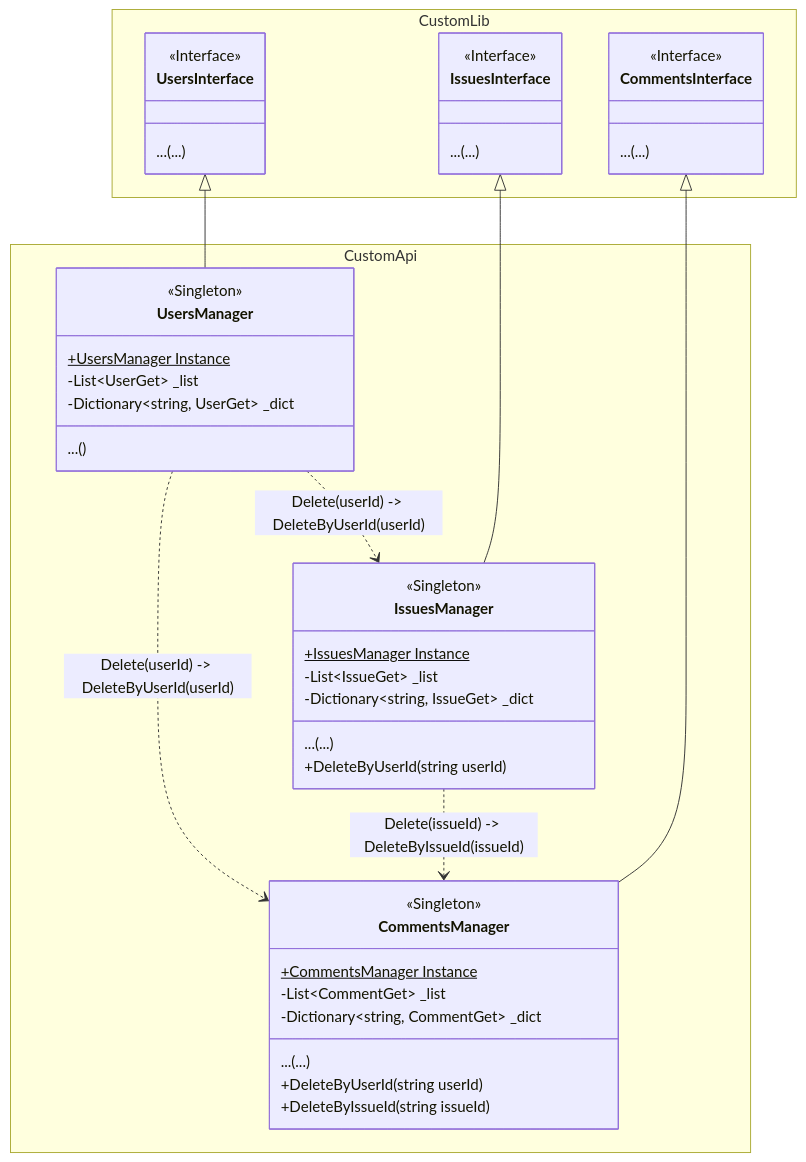
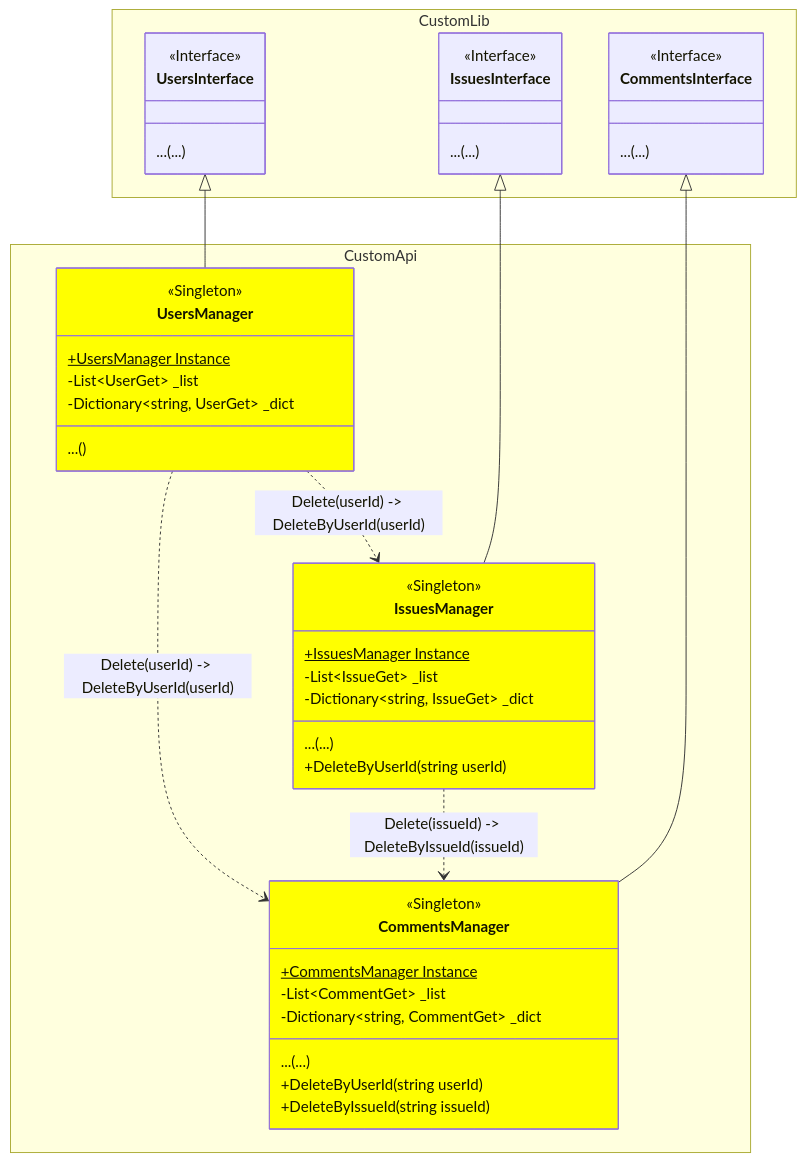
The diagram in Models/Manager/Full.mmd (ghackenberg/csharp-maui-aspnet-sample), drawn with Mermaid before and after one commit. The commit also changed 32 other files, not shown here.

```diff
--- a/Models/Manager/Full.mmd
+++ b/Models/Manager/Full.mmd
@@ -1,52 +1,56 @@
 classDiagram
 
     namespace CustomLib {
         class UsersInterface {
             <<Interface>>
             ...(...)
         }
         class IssuesInterface {
             <<Interface>>
             ...(...)
         }
         class CommentsInterface {
             <<Interface>>
             ...(...)
         }
     }
 
     namespace CustomApi {
         class UsersManager {
             <<Singleton>>
             +UsersManager Instance$
             -List~UserGet~ _list
             -Dictionary~string, UserGet~ _dict
             ...()
         }
         class IssuesManager {
             <<Singleton>>
             +IssuesManager Instance$
             -List~IssueGet~ _list
             -Dictionary~string, IssueGet~ _dict
             ...(...)
             +DeleteByUserId(string userId)
         }
         class CommentsManager {
             <<Singleton>>
             +CommentsManager Instance$
             -List~CommentGet~ _list
             -Dictionary~string, CommentGet~ _dict
             ...(...)
             +DeleteByUserId(string userId)
             +DeleteByIssueId(string issueId)
         }
     }
 
     UsersInterface <|-- UsersManager
     IssuesInterface <|-- IssuesManager
     CommentsInterface <|-- CommentsManager
 
     UsersManager ..> IssuesManager : Delete(userId) -> DeleteByUserId(userId)
     UsersManager ..> CommentsManager : Delete(userId) -> DeleteByUserId(userId)
 
     IssuesManager ..> CommentsManager : Delete(issueId) -> DeleteByIssueId(issueId)
+
+    style UsersManager fill:yellow
+    style IssuesManager fill:yellow
+    style CommentsManager fill:yellow
```
